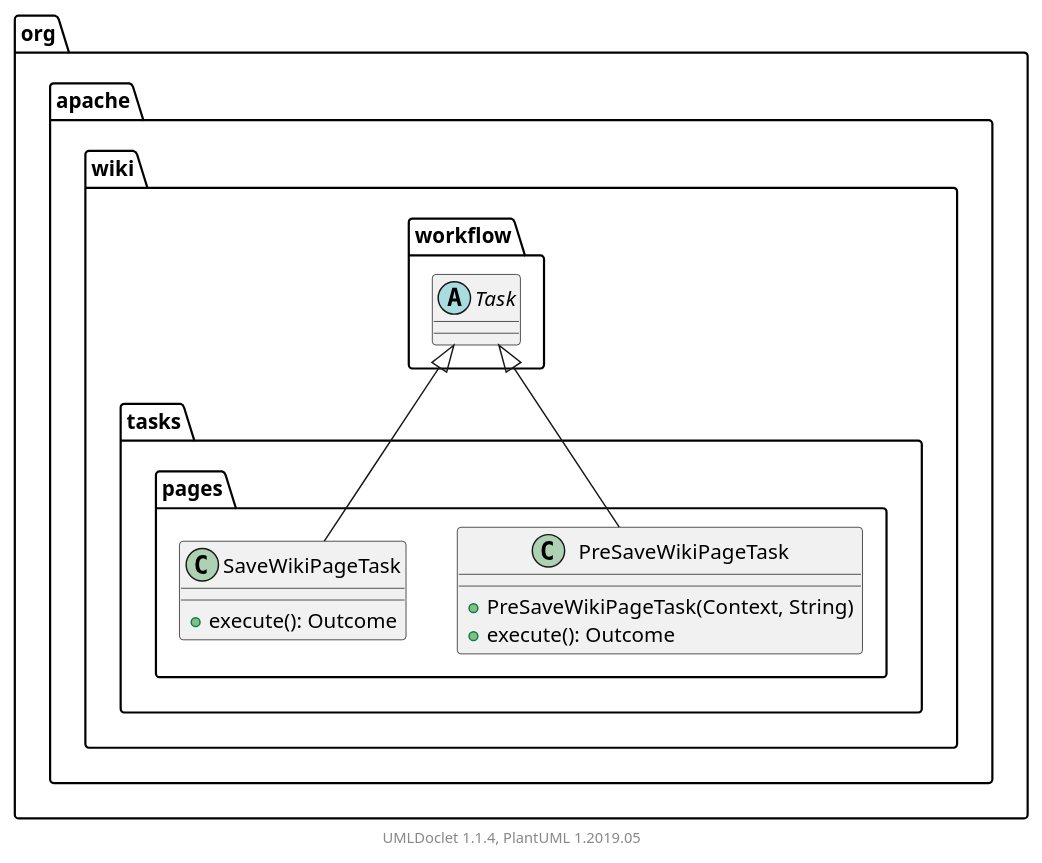
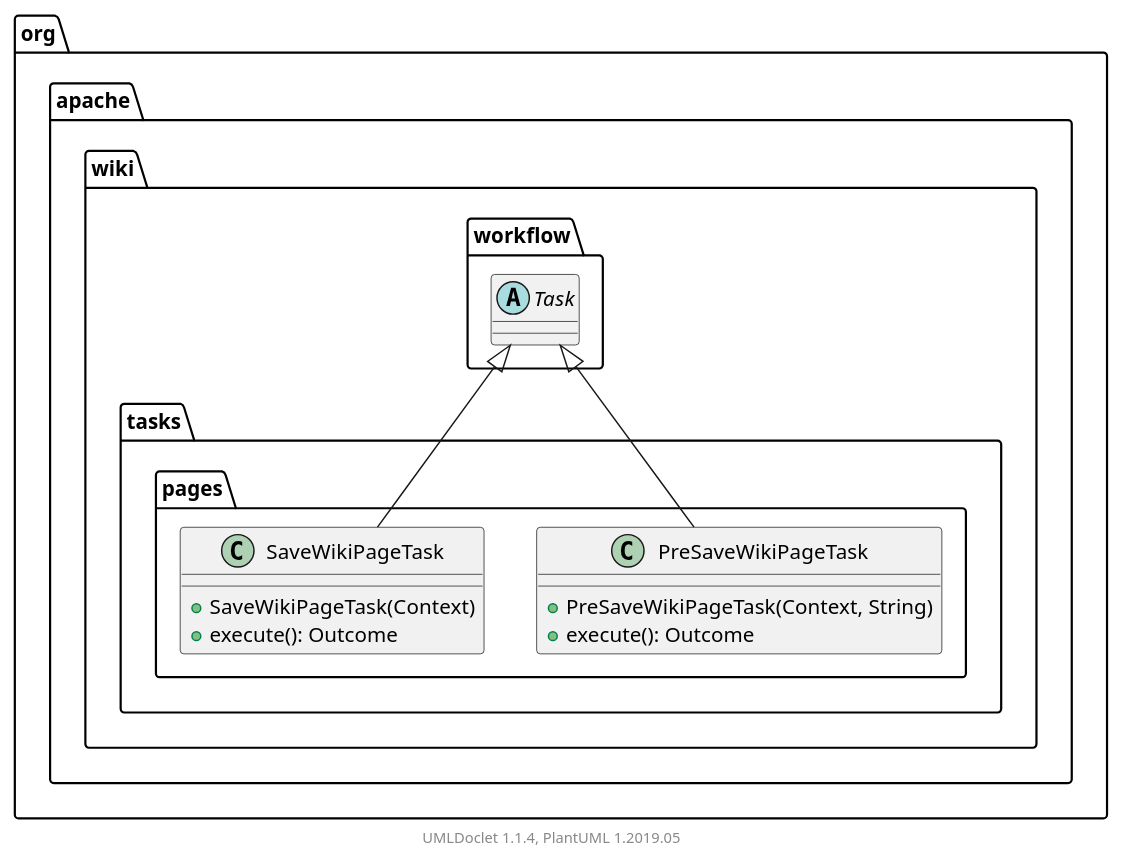
One commit to apache/jspwiki-site changed the diagram in apidocs/2.11.0.M7-SNAPSHOT/org/apache/wiki/tasks/pages/package.puml. Above: the diagram before and after it, drawn with PlantUML. The commit also changed 1311 other files, not shown here.

```diff
--- a/apidocs/2.11.0.M7-SNAPSHOT/org/apache/wiki/tasks/pages/package.puml
+++ b/apidocs/2.11.0.M7-SNAPSHOT/org/apache/wiki/tasks/pages/package.puml
@@ -1,23 +1,24 @@
 @startuml
 
     namespace org.apache.wiki.tasks.pages {
 
         class PreSaveWikiPageTask [[PreSaveWikiPageTask.html]] {
             +PreSaveWikiPageTask(Context, String)
             +execute(): Outcome
         }
 
         class SaveWikiPageTask [[SaveWikiPageTask.html]] {
+            +SaveWikiPageTask(Context)
             +execute(): Outcome
         }
 
         abstract class org.apache.wiki.workflow.Task
         org.apache.wiki.workflow.Task <|-- PreSaveWikiPageTask
 
         org.apache.wiki.workflow.Task <|-- SaveWikiPageTask
 
     }
 
 
     center footer UMLDoclet 1.1.4, PlantUML 1.2019.05
 @enduml
```
